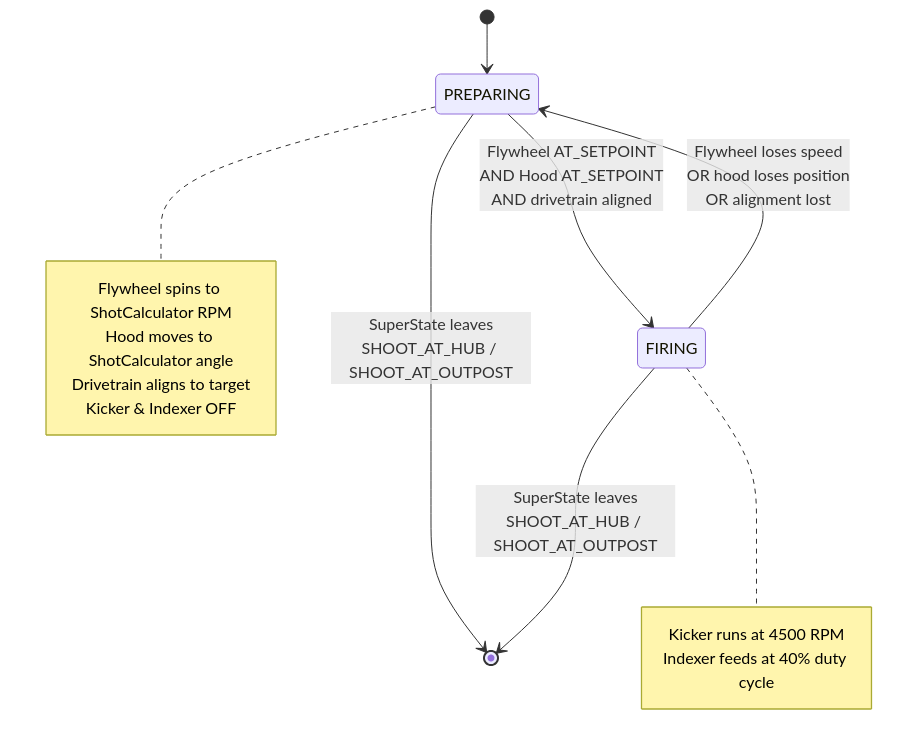
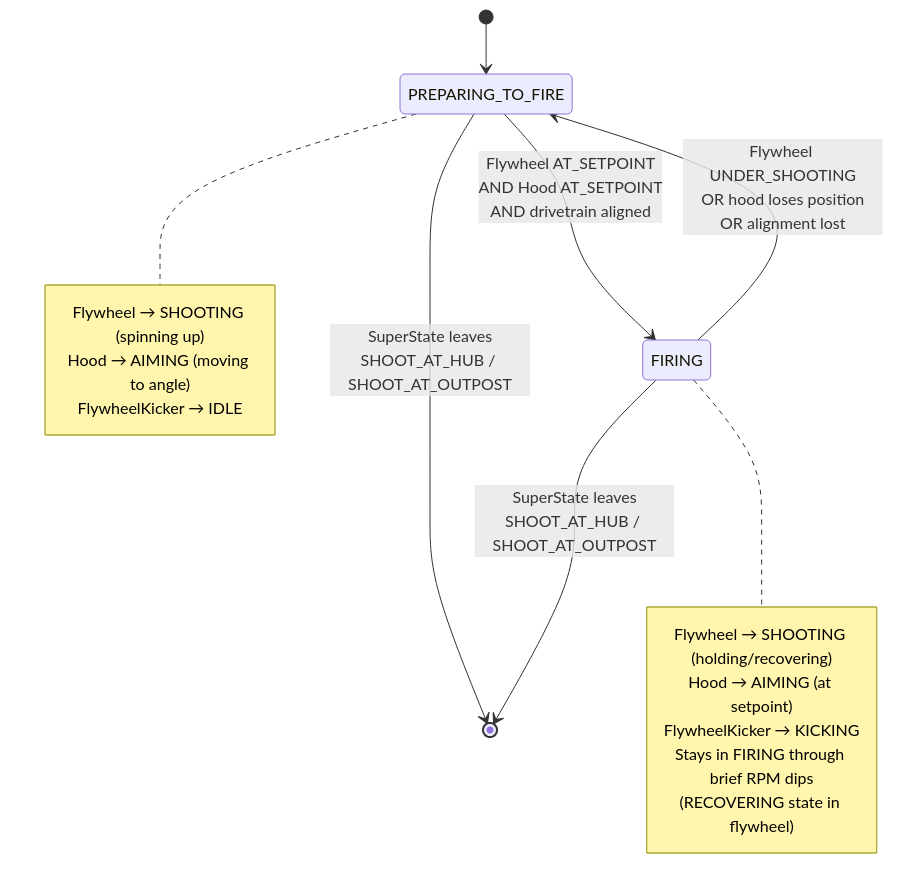
Before and after one commit to FRCTeam360/RainMaker26: the diagram in docs/states/ShootingStateMachine.mmd, drawn with Mermaid. The commit also changed 7 other files, not shown here.

Commit message:
updated diagrams

```diff
--- a/docs/states/ShootingStateMachine.mmd
+++ b/docs/states/ShootingStateMachine.mmd
@@ -1,15 +1,18 @@
 %% Shooting Sub-State Machine (inside SHOOT_AT_HUB or SHOOT_AT_OUTPOST)
-%% Reflects actual code in SuperStructure.updateShooterStates()
+%% Reflects actual code in ShooterStateMachine.java
 stateDiagram-v2
-    [*] --> PREPARING
+    [*] --> PREPARING_TO_FIRE
 
-    %% Readiness check runs every cycle
-    PREPARING --> FIRING : Flywheel AT_SETPOINT<br>AND Hood AT_SETPOINT<br>AND drivetrain aligned
-    FIRING --> PREPARING : Flywheel loses speed<br>OR hood loses position<br>OR alignment lost
+    %% Entry into FIRING requires all three conditions
+    PREPARING_TO_FIRE --> FIRING : Flywheel AT_SETPOINT<br>AND Hood AT_SETPOINT<br>AND drivetrain aligned
+
+    %% FIRING is sticky — stays through RECOVERING (bang-bang oscillations).
+    %% Only reverts when flywheel reports UNDER_SHOOTING (sustained RPM drop).
+    FIRING --> PREPARING_TO_FIRE : Flywheel UNDER_SHOOTING<br>OR hood loses position<br>OR alignment lost
 
     %% Exit back to SuperStructure IDLE
-    PREPARING --> [*] : SuperState leaves<br>SHOOT_AT_HUB / SHOOT_AT_OUTPOST
+    PREPARING_TO_FIRE --> [*] : SuperState leaves<br>SHOOT_AT_HUB / SHOOT_AT_OUTPOST
     FIRING --> [*] : SuperState leaves<br>SHOOT_AT_HUB / SHOOT_AT_OUTPOST
 
-    note right of PREPARING : Flywheel spins to ShotCalculator RPM<br>Hood moves to ShotCalculator angle<br>Drivetrain aligns to target<br>Kicker & Indexer OFF
-    note right of FIRING : Kicker runs at 4500 RPM<br>Indexer feeds at 40% duty cycle
+    note right of PREPARING_TO_FIRE : Flywheel → SHOOTING (spinning up)<br>Hood → AIMING (moving to angle)<br>FlywheelKicker → IDLE
+    note right of FIRING : Flywheel → SHOOTING (holding/recovering)<br>Hood → AIMING (at setpoint)<br>FlywheelKicker → KICKING<br>Stays in FIRING through brief RPM dips<br>(RECOVERING state in flywheel)
```
